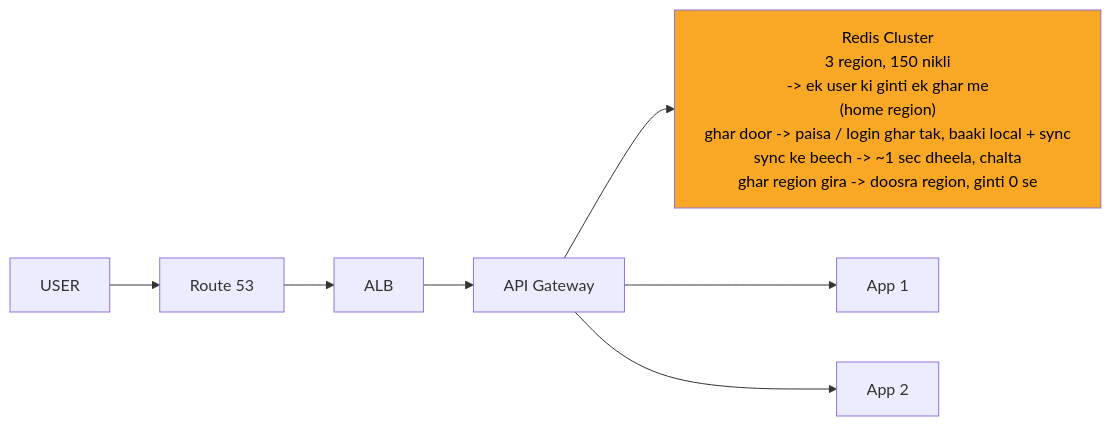
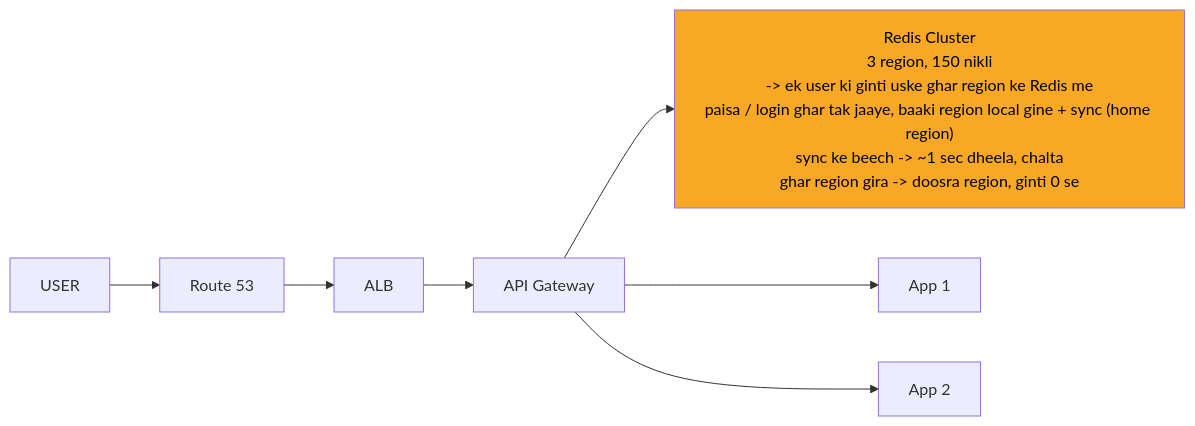
The sixth of 11 diagrams in 04_HLD/SYSTEM_DESIGNS/02_rate_limiter/02_rate_limiter.md (ArpanMaheshwari144/Prep), drawn with Mermaid before and after one commit. The commit also changed other lines of this file and 13 other files, not shown here.

````diff
--- a/04_HLD/SYSTEM_DESIGNS/02_rate_limiter/02_rate_limiter.md
+++ b/04_HLD/SYSTEM_DESIGNS/02_rate_limiter/02_rate_limiter.md
@@ -264,18 +264,18 @@
 ```mermaid
 %%{init: {"flowchart": {"wrappingWidth": 450}}}%%
 flowchart LR
     n_USER["USER"]
     n_Route_53["Route 53"]
     n_ALB["ALB"]
     n_API_Gateway["API Gateway"]
-    n_Redis_Cluster["Redis Cluster<br/>3 region, 150 nikli<br/>-> ek user ki ginti ek ghar me<br/>(home region)<br/>ghar door -> paisa / login ghar tak, baaki local + sync<br/>sync ke beech -> ~1 sec dheela, chalta<br/>ghar region gira -> doosra region, ginti 0 se"]
+    n_Redis_Cluster["Redis Cluster<br/>3 region, 150 nikli<br/>-> ek user ki ginti uske ghar region ke Redis me<br/>paisa / login ghar tak jaaye, baaki region local gine + sync (home region)<br/>sync ke beech -> ~1 sec dheela, chalta<br/>ghar region gira -> doosra region, ginti 0 se"]
     n_App_x_N_1["App 1"]
     n_App_x_N_2["App 2"]
     n_USER --> n_Route_53
     n_Route_53 --> n_ALB
     n_ALB --> n_API_Gateway
     n_API_Gateway --> n_Redis_Cluster
     n_API_Gateway --> n_App_x_N_1
     n_API_Gateway --> n_App_x_N_2
     style n_Redis_Cluster fill:#f9a825,color:#000
 ```
````
